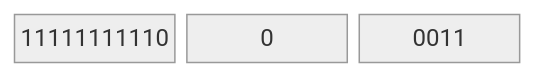
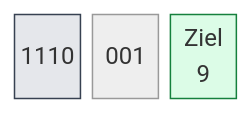
Before and after one commit to olfp/Deep16: diagram 11 of 32 in book/kap03.md, drawn with Mermaid (neutral theme). The commit also changed other lines of this file, not shown here.

Commit message:
book(kap03): bit encoding diagrams for every introduced instruction

````diff
--- a/book/kap03.md
+++ b/book/kap03.md
@@ -49,7 +410,15 @@
 ```mermaid
 block-beta
   columns 3
-  b0["11111111110"]:1
-  b1["0"]:1
-  b2["0011"]:1
+  classDef op fill:#e5e7eb,stroke:#374151
+  classDef reg fill:#dbeafe,stroke:#1d4ed8
+  classDef imm fill:#fef3c7,stroke:#b45309
+  classDef off fill:#dcfce7,stroke:#15803d
+  classDef seg fill:#ede9fe,stroke:#6d28d9
+  classDef all fill:#fee2e2,stroke:#b91c1c
+  b0["1110"]:1
+  b1["001"]:1
+  b2["Ziel<br/>9"]:1
+  class b0 b1 op
+  class b2 off
 ```
````
